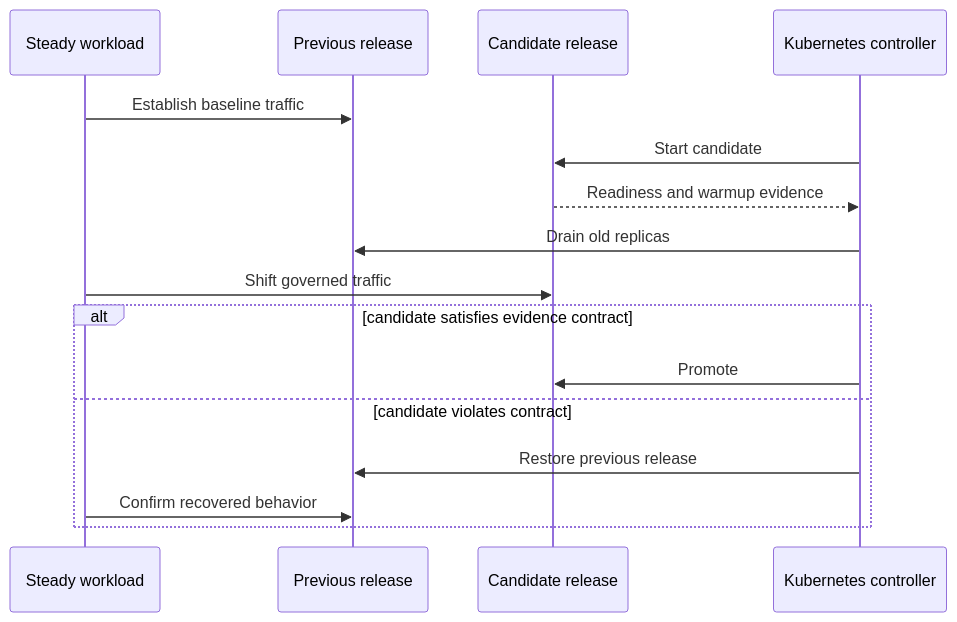
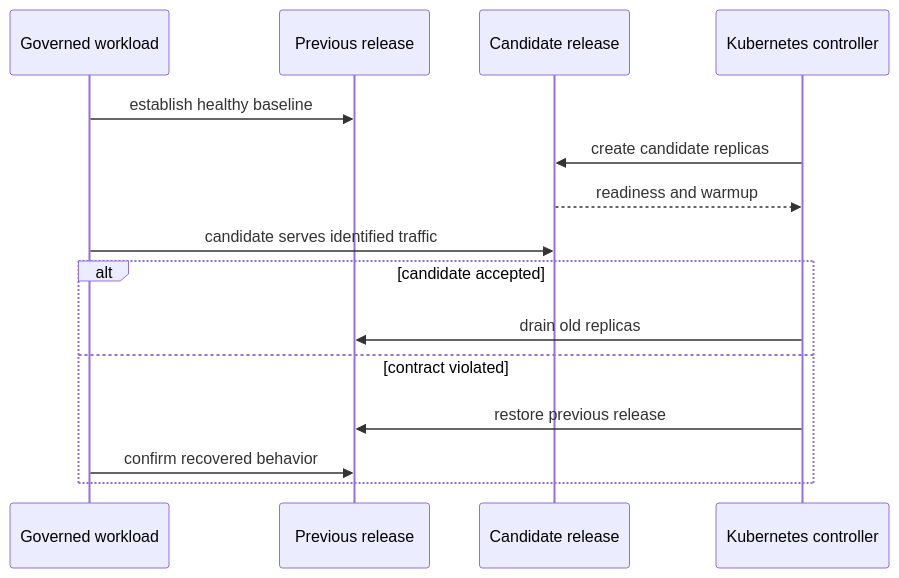
Before and after one commit to bijux/bijux-atlas: the diagram in docs/bijux-atlas-ops/load/rollout-under-load.md, drawn with Mermaid. The commit also changed other lines of this file and 2 other files, not shown here.

````diff
--- a/docs/bijux-atlas-ops/load/rollout-under-load.md
+++ b/docs/bijux-atlas-ops/load/rollout-under-load.md
@@ -27,18 +41,17 @@
 ```mermaid
 sequenceDiagram
-    participant Load as Steady workload
+    participant Load as Governed workload
     participant Old as Previous release
     participant New as Candidate release
-    participant Control as Kubernetes controller
-    Load->>Old: Establish baseline traffic
-    Control->>New: Start candidate
-    New-->>Control: Readiness and warmup evidence
-    Control->>Old: Drain old replicas
-    Load->>New: Shift governed traffic
-    alt candidate satisfies evidence contract
-        Control->>New: Promote
-    else candidate violates contract
-        Control->>Old: Restore previous release
-        Load->>Old: Confirm recovered behavior
+    participant K8s as Kubernetes controller
+    Load->>Old: establish healthy baseline
+    K8s->>New: create candidate replicas
+    New-->>K8s: readiness and warmup
+    Load->>New: candidate serves identified traffic
+    alt candidate accepted
+        K8s->>Old: drain old replicas
+    else contract violated
+        K8s->>Old: restore previous release
+        Load->>Old: confirm recovered behavior
     end
 ```
````
